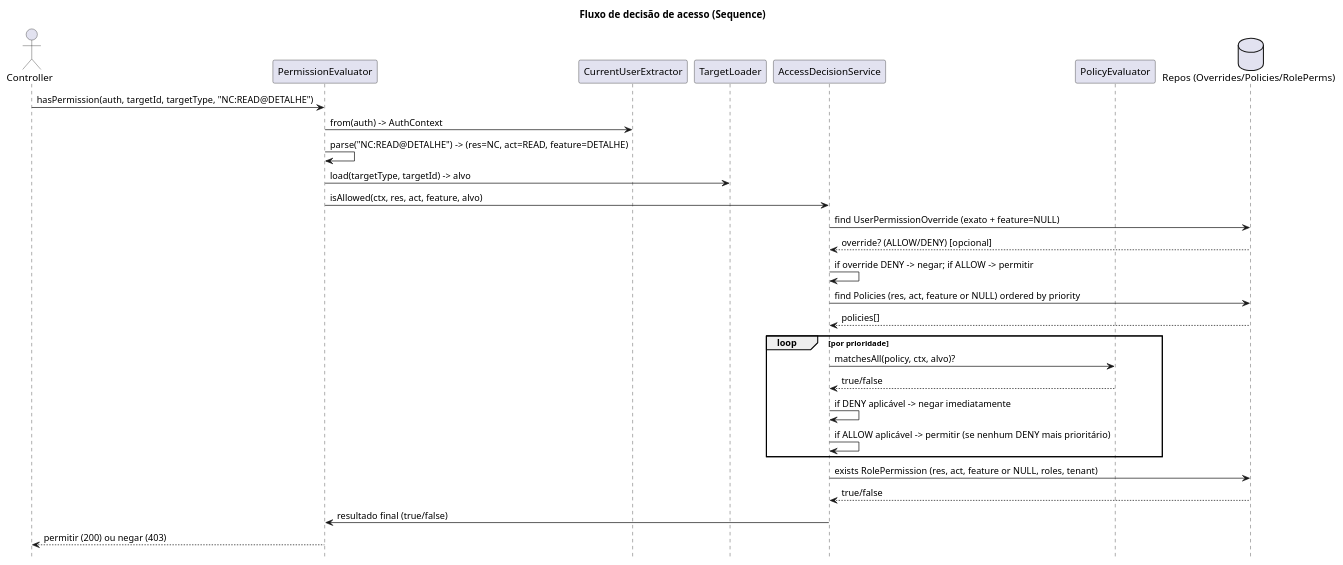
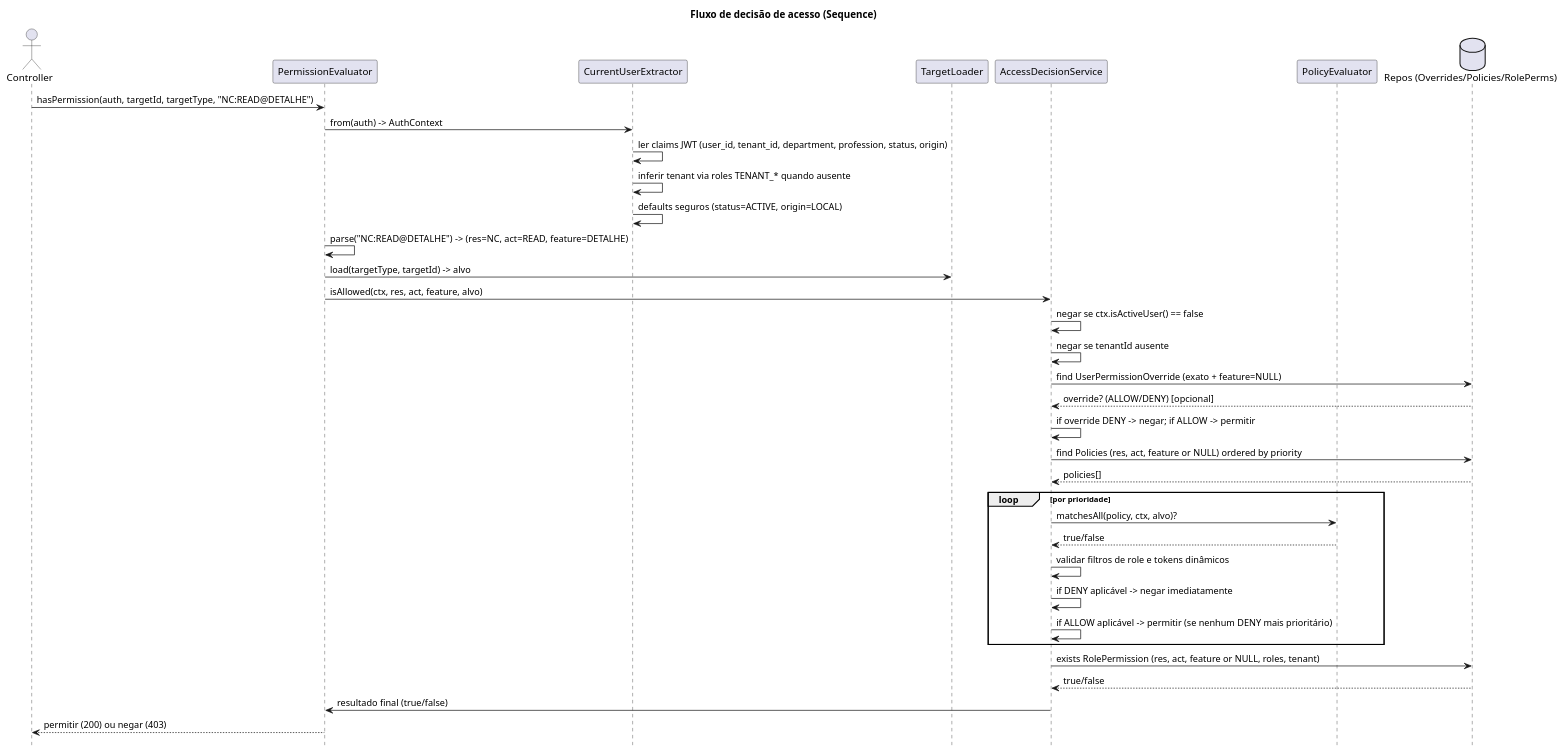
The diagram in src/main/resources/diagrams/security/security_sequence_diagram.puml (Santa-Casa-Fernandopolis/QualitasCareAPI), drawn with PlantUML before and after one commit. The commit also changed 2 other files, not shown here.

Commit message:
docs: atualizar diagramas e descrição de segurança

```diff
--- a/src/main/resources/diagrams/security/security_sequence_diagram.puml
+++ b/src/main/resources/diagrams/security/security_sequence_diagram.puml
@@ -1,37 +1,43 @@
 @startuml
 hide footbox
 title Fluxo de decisão de acesso (Sequence)
 
 actor Controller
 participant "PermissionEvaluator" as PE
 participant "CurrentUserExtractor" as CUE
 participant "TargetLoader" as TL
 participant "AccessDecisionService" as ADS
 participant "PolicyEvaluator" as PEV
 database "Repos (Overrides/Policies/RolePerms)" as REPO
 
 Controller -> PE: hasPermission(auth, targetId, targetType, "NC:READ@DETALHE")
 PE -> CUE: from(auth) -> AuthContext
+CUE -> CUE: ler claims JWT (user_id, tenant_id, department, profession, status, origin)
+CUE -> CUE: inferir tenant via roles TENANT_* quando ausente
+CUE -> CUE: defaults seguros (status=ACTIVE, origin=LOCAL)
 PE -> PE: parse("NC:READ@DETALHE") -> (res=NC, act=READ, feature=DETALHE)
 PE -> TL: load(targetType, targetId) -> alvo
 PE -> ADS: isAllowed(ctx, res, act, feature, alvo)
 
+ADS -> ADS: negar se ctx.isActiveUser() == false
+ADS -> ADS: negar se tenantId ausente
 ADS -> REPO: find UserPermissionOverride (exato + feature=NULL)
 REPO --> ADS: override? (ALLOW/DENY) [opcional]
 ADS -> ADS: if override DENY -> negar; if ALLOW -> permitir
 
 ADS -> REPO: find Policies (res, act, feature or NULL) ordered by priority
 REPO --> ADS: policies[]
 loop por prioridade
   ADS -> PEV: matchesAll(policy, ctx, alvo)?
   PEV --> ADS: true/false
+  ADS -> ADS: validar filtros de role e tokens dinâmicos
   ADS -> ADS: if DENY aplicável -> negar imediatamente
   ADS -> ADS: if ALLOW aplicável -> permitir (se nenhum DENY mais prioritário)
 end
 
 ADS -> REPO: exists RolePermission (res, act, feature or NULL, roles, tenant)
 REPO --> ADS: true/false
 ADS -> PE: resultado final (true/false)
 
 PE --> Controller: permitir (200) ou negar (403)
 @enduml
```
